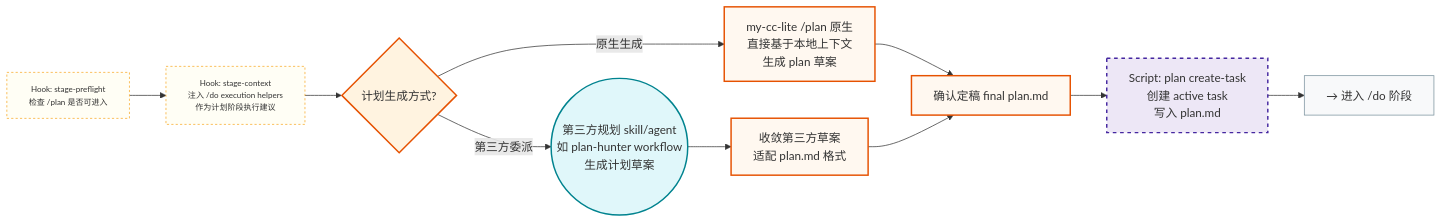
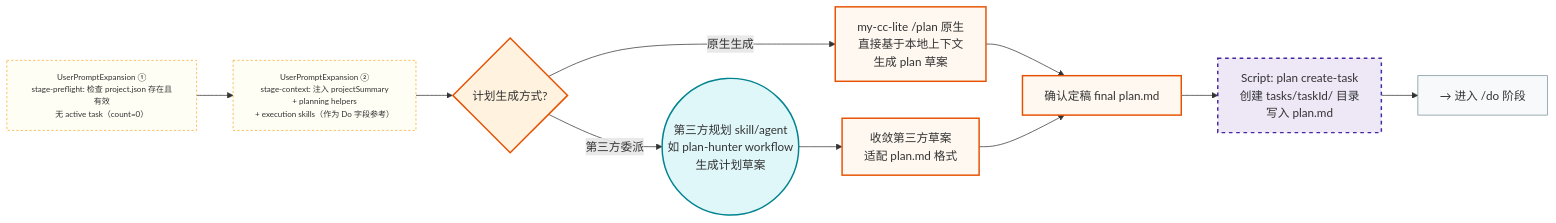
The second of 6 diagrams in docs/my-cc-lite-flow.phase.mermaid.md (youchuyu/my-cc-lite), drawn with Mermaid before and after one commit. The commit also changed other lines of this file and 8 other files, not shown here.

````diff
--- a/docs/my-cc-lite-flow.phase.mermaid.md
+++ b/docs/my-cc-lite-flow.phase.mermaid.md
@@ -50,27 +50,27 @@
 ```mermaid
 flowchart LR
     classDef stageBox fill:#fff8f0,stroke:#e65100,stroke-width:2px
     classDef stateWrite fill:#ede7f6,stroke:#4527a0,stroke-width:2px,stroke-dasharray: 5 5
     classDef hookNote fill:#fffef5,stroke:#f9a825,stroke-width:1px,stroke-dasharray: 3 3,font-size:11px
     classDef routeBox fill:#f8f9fa,stroke:#78909c,stroke-width:1px
     classDef decisionBox fill:#fff3e0,stroke:#e65100,stroke-width:2px
     classDef agentBox fill:#e0f7fa,stroke:#00838f,stroke-width:2px
 
-    PLAN_PREFLIGHT["Hook: stage-preflight\n检查 /plan 是否可进入"]:::hookNote
-    PLAN_CONTEXT["Hook: stage-context\n注入 /do execution helpers\n作为计划阶段执行建议"]:::hookNote
+    PLAN_PREFLIGHT["UserPromptExpansion ①\nstage-preflight: 检查 project.json 存在且有效\n无 active task（count=0）"]:::hookNote
+    PLAN_CONTEXT["UserPromptExpansion ②\nstage-context: 注入 projectSummary\n+ planning helpers\n+ execution skills（作为 Do 字段参考）"]:::hookNote
     PLAN_METHOD{"计划生成方式?"}:::decisionBox
     PLAN_NATIVE["my-cc-lite /plan 原生\n直接基于本地上下文\n生成 plan 草案"]:::stageBox
     PLAN_DELEGATE(("第三方规划 skill/agent\n如 plan-hunter workflow\n生成计划草案")):::agentBox
     PLAN_CONVERGE["收敛第三方草案\n适配 plan.md 格式"]:::stageBox
     PLAN_MERGE["确认定稿 final plan.md"]:::stageBox
-    PLAN_WRITE["Script: plan create-task\n创建 active task\n写入 plan.md"]:::stateWrite
+    PLAN_WRITE["Script: plan create-task\n创建 tasks/taskId/ 目录\n写入 plan.md"]:::stateWrite
 
     PLAN_PREFLIGHT --> PLAN_CONTEXT --> PLAN_METHOD
     PLAN_METHOD -->|原生生成| PLAN_NATIVE
     PLAN_METHOD -->|第三方委派| PLAN_DELEGATE --> PLAN_CONVERGE
     PLAN_NATIVE --> PLAN_MERGE
     PLAN_CONVERGE --> PLAN_MERGE
     PLAN_MERGE --> PLAN_WRITE
 
     PLAN_WRITE --> TO_DO["→ 进入 /do 阶段"]:::routeBox
 ```
````
